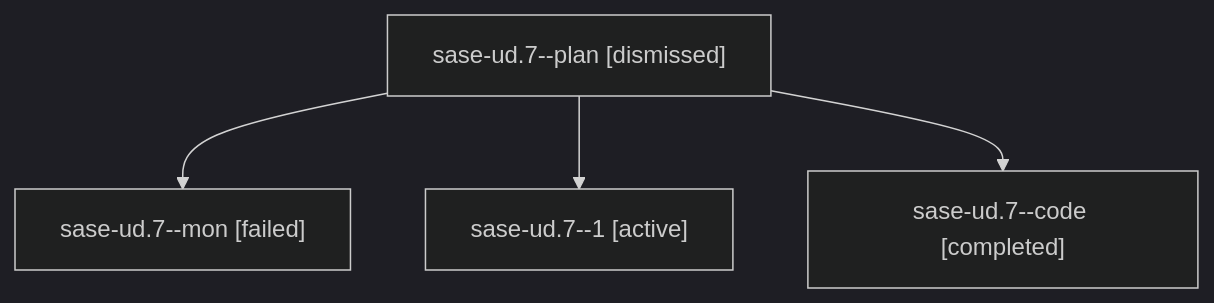
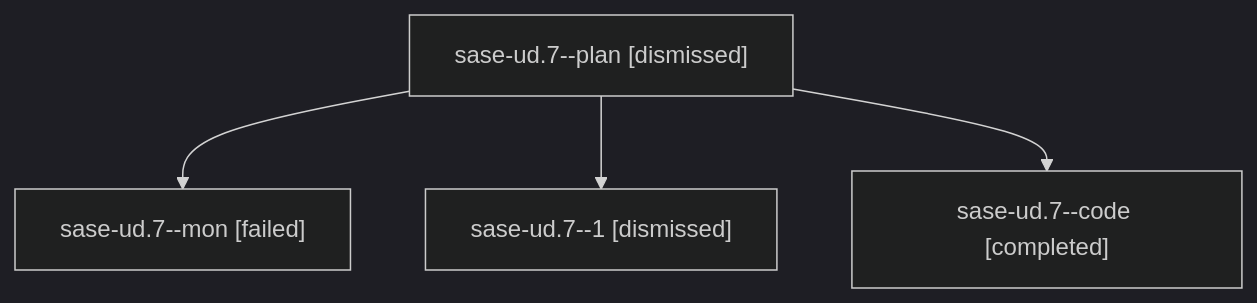
Before and after one commit to sase-org/sase--agents: the diagram in sessions/bbugyi200.athena.sase-ud.7.md, drawn with Mermaid (dark theme). The commit also changed other lines of this file and 380 other files, not shown here.

````diff
--- a/sessions/bbugyi200.athena.sase-ud.7.md
+++ b/sessions/bbugyi200.athena.sase-ud.7.md
@@ -9,10 +9,10 @@
 ```mermaid
 flowchart TD
   n0["sase-ud.7--plan [dismissed]"]
   n1["sase-ud.7--mon [failed]"]
   n0 --> n1
-  n2["sase-ud.7--1 [active]"]
+  n2["sase-ud.7--1 [dismissed]"]
   n0 --> n2
   n3["sase-ud.7--code [completed]"]
   n0 --> n3
 ```
````
